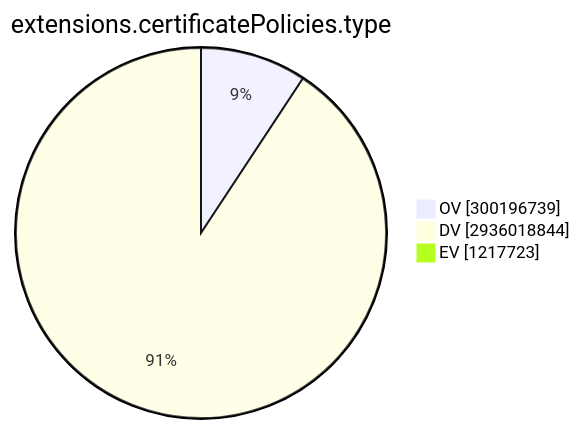
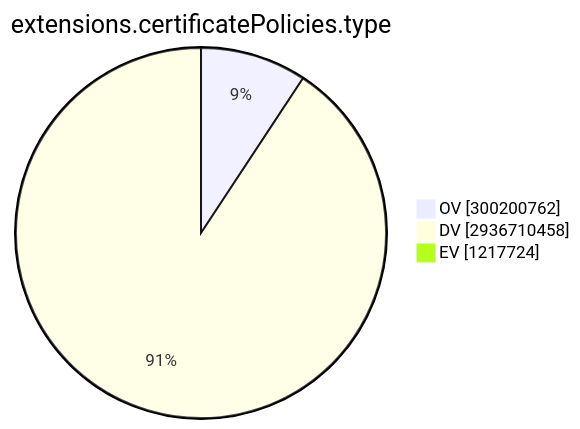
Before and after one commit to christiankrug/ctmonitor_visualization: the ninth of 15 diagrams in TOTAL/README.md, drawn with Mermaid. The commit also changed other lines of this file, not shown here.

````diff
--- a/TOTAL/README.md
+++ b/TOTAL/README.md
@@ -3101,7 +3101,7 @@
 ```mermaid
 pie showData
 title extensions.certificatePolicies.type
-"OV" :300196739
-"DV" :2936018844
-"EV" :1217723
+"OV" :300200762
+"DV" :2936710458
+"EV" :1217724
 ```
````
